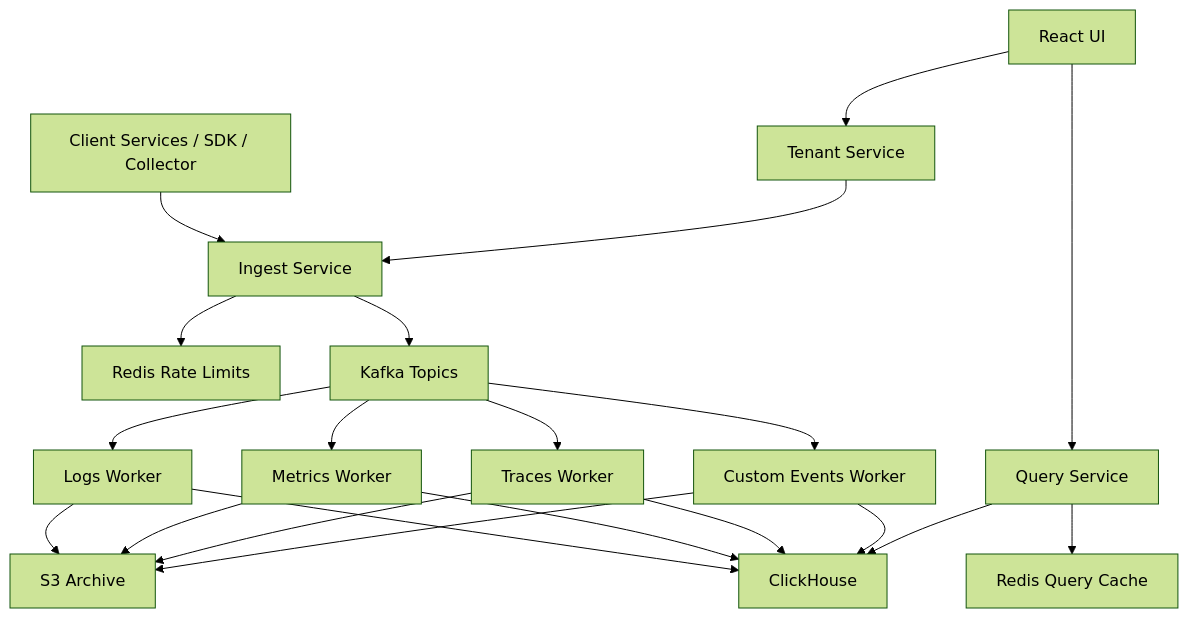
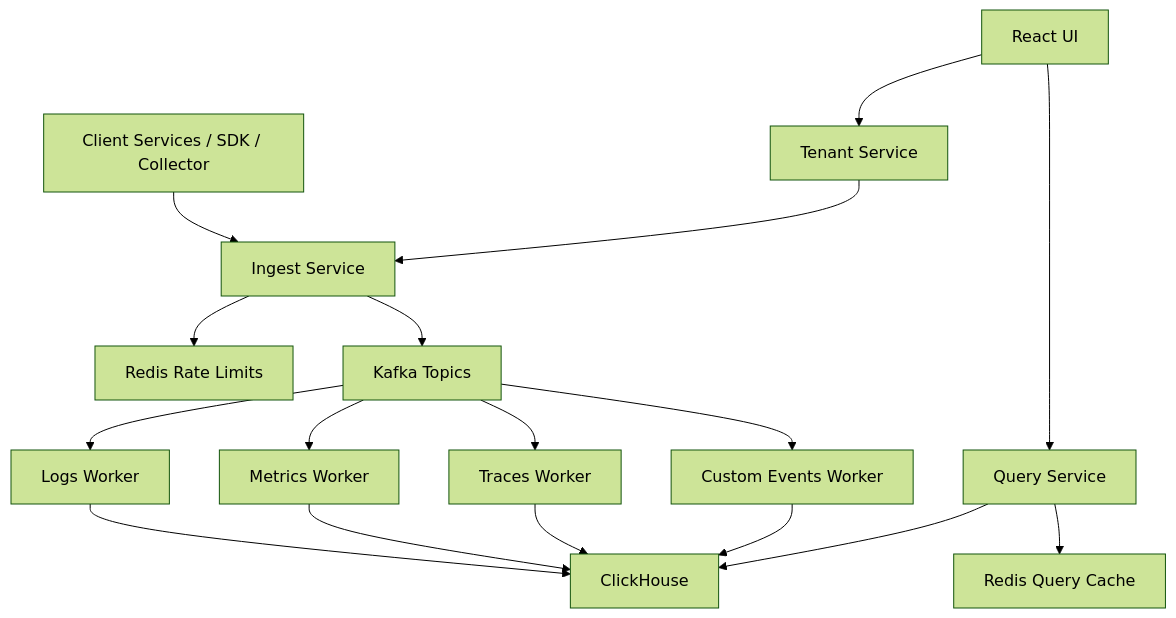
One commit to Avv123/Multi-Tenant-Observability-Platform changed the diagram in docs/02-system-architecture/README.md. Above: the diagram before and after it, drawn with Mermaid (forest theme). The commit also changed other lines of this file and 2 other files, not shown here.

Commit message:
pruned ai and archive from readme and docs

````diff
--- a/docs/02-system-architecture/README.md
+++ b/docs/02-system-architecture/README.md
@@ -116,23 +115,19 @@
 ```mermaid
 flowchart TD
 CS[Client Services / SDK / Collector] --> ING[Ingest Service]
 TEN[Tenant Service] --> ING
 ING --> RL[Redis Rate Limits]
 ING --> KAFKA[Kafka Topics]
 KAFKA --> WLOG[Logs Worker]
 KAFKA --> WMET[Metrics Worker]
 KAFKA --> WTRC[Traces Worker]
 KAFKA --> WEVT[Custom Events Worker]
 WLOG --> CH[ClickHouse]
 WMET --> CH
 WTRC --> CH
 WEVT --> CH
-WLOG --> S3[S3 Archive]
-WMET --> S3
-WTRC --> S3
-WEVT --> S3
 QRY[Query Service] --> CH
 QRY --> REDIS[Redis Query Cache]
 UI[React UI] --> QRY
 UI --> TEN
 ```
````
